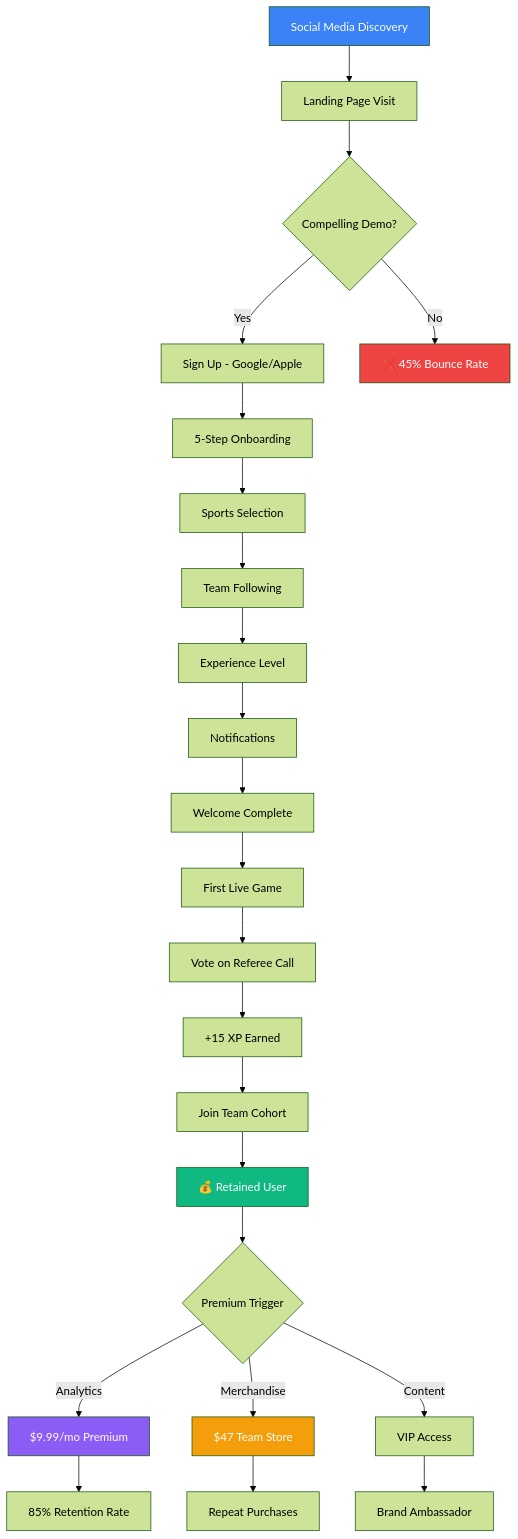
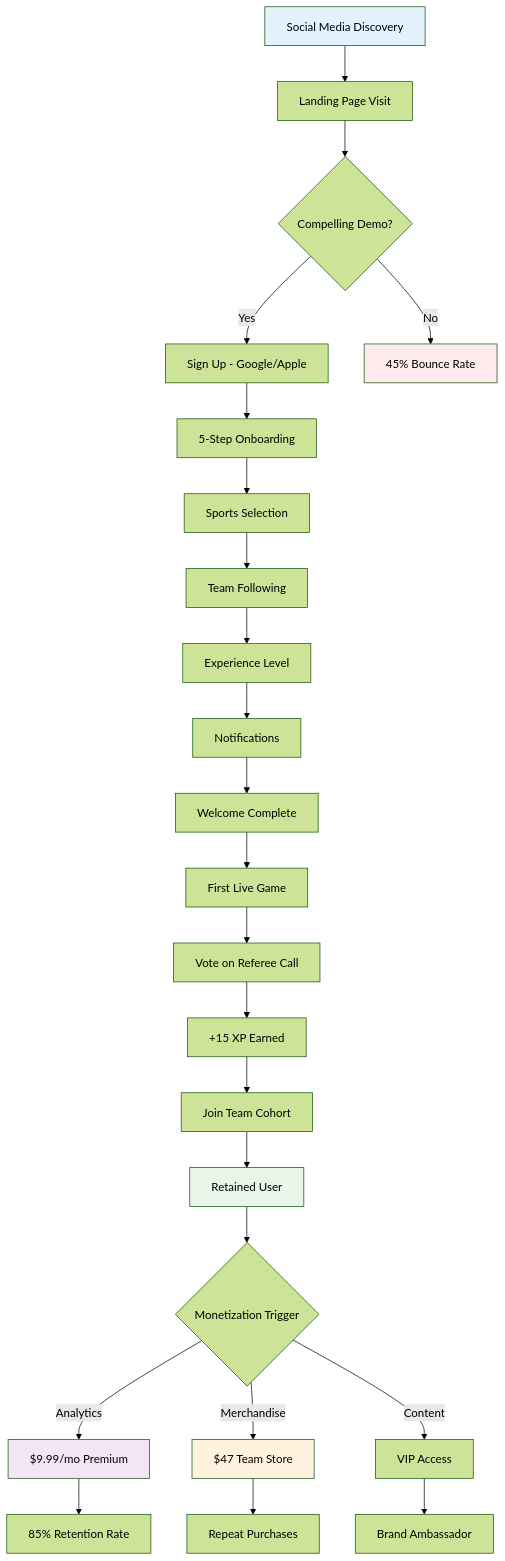
Before and after one commit to SkaFld-Ignite/ref-u-wireframes: the first of 9 diagrams in docs/investor-flows.md, drawn with Mermaid (forest theme). The commit also changed other lines of this file and 2 other files, not shown here.

Commit message:
Fix Mermaid diagram colors, perfect wireframe boxes, and rename investor sections to business overview

````diff
--- a/docs/investor-flows.md
+++ b/docs/investor-flows.md
@@ -13,35 +13,35 @@
 ```mermaid
 graph TD
     A[Social Media Discovery] --> B[Landing Page Visit]
     B --> C{Compelling Demo?}
     C -->|Yes| D[Sign Up - Google/Apple]
-    C -->|No| X[❌ 45% Bounce Rate]
+    C -->|No| X[45% Bounce Rate]
     
     D --> E[5-Step Onboarding]
     E --> F[Sports Selection]
     F --> G[Team Following]
     G --> H[Experience Level]
     H --> I[Notifications]
     I --> J[Welcome Complete]
     
     J --> K[First Live Game]
     K --> L[Vote on Referee Call]
     L --> M[+15 XP Earned]
     M --> N[Join Team Cohort]
-    N --> O[💰 Retained User]
+    N --> O[Retained User]
     
-    O --> P{Premium Trigger}
+    O --> P{Monetization Trigger}
     P -->|Analytics| Q[$9.99/mo Premium]
     P -->|Merchandise| R[$47 Team Store]
     P -->|Content| S[VIP Access]
     
     Q --> T[85% Retention Rate]
     R --> U[Repeat Purchases]
     S --> V[Brand Ambassador]
     
-    style A fill:#3b82f6,color:white
-    style O fill:#10b981,color:white
-    style Q fill:#8b5cf6,color:white
-    style R fill:#f59e0b,color:white
-    style X fill:#ef4444,color:white
+    style A fill:#e3f2fd
+    style O fill:#e8f5e8
+    style Q fill:#f3e5f5
+    style R fill:#fff3e0
+    style X fill:#ffebee
 ```
````
